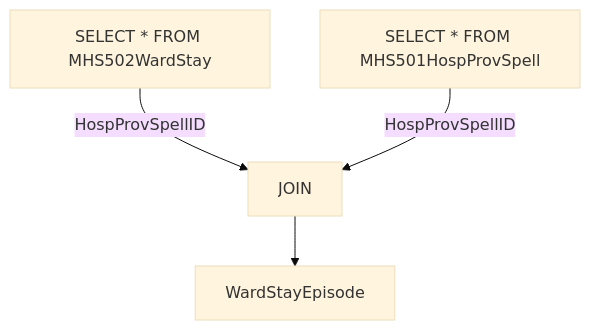
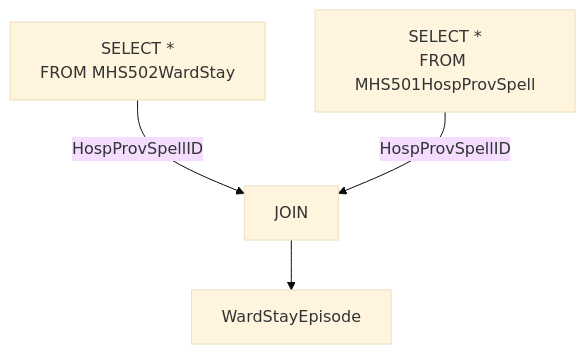
Before and after one commit to CUREd-Plus/cuRed: the first of 3 diagrams in inst/extdata/queries/mhsds.md, drawn with Mermaid (base theme). The commit also changed other lines of this file and 1 other file, not shown here.

````diff
--- a/inst/extdata/queries/mhsds.md
+++ b/inst/extdata/queries/mhsds.md
@@ -15,7 +15,7 @@
 ```mermaid
 graph TD
-  A[SELECT * FROM MHS502WardStay] -->|HospProvSpellID| C[JOIN]
-  B[SELECT * FROM MHS501HospProvSpell] -->|HospProvSpellID| C
+  A[SELECT *<br>FROM MHS502WardStay] -->|HospProvSpellID| C[JOIN]
+  B[SELECT *<br>FROM MHS501HospProvSpell] -->|HospProvSpellID| C
   C --> D[WardStayEpisode]
 
 ```
````
